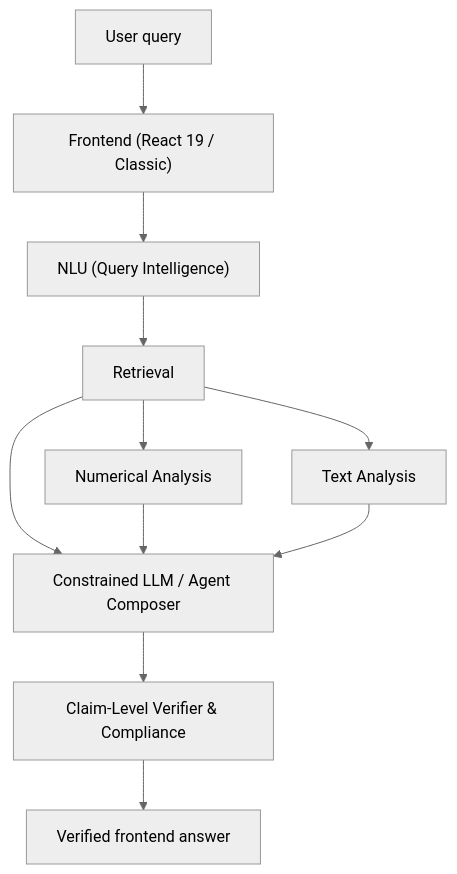
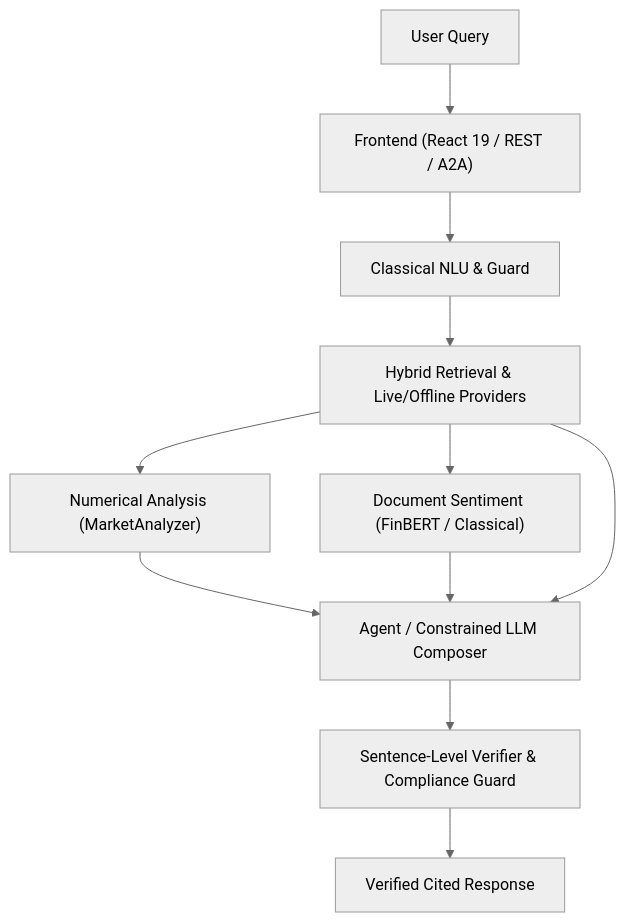
The diagram in docs/modules.md (beautifulrem/FinSight), drawn with Mermaid (neutral theme) before and after one commit. The commit also changed other lines of this file and 54 other files, not shown here.

````diff
--- a/docs/modules.md
+++ b/docs/modules.md
@@ -20,13 +20,13 @@
 ```mermaid
 flowchart TD
-  A["User query"] --> B["Frontend (React 19 / Classic)"]
-  B --> C["NLU (Query Intelligence)"]
-  C --> D["Retrieval"]
-  D --> E["Numerical Analysis"]
-  D --> F["Text Analysis"]
-  D --> G["Constrained LLM / Agent Composer"]
-  E --> G
-  F --> G
-  G --> V["Claim-Level Verifier & Compliance"]
-  V --> H["Verified frontend answer"]
+  U["User Query"] --> UI["Frontend (React 19 / REST / A2A)"]
+  UI --> NLU["Classical NLU & Guard"]
+  NLU --> RET["Hybrid Retrieval & Live/Offline Providers"]
+  RET --> NUM["Numerical Analysis (MarketAnalyzer)"]
+  RET --> SEN["Document Sentiment (FinBERT / Classical)"]
+  NUM --> COMP["Agent / Constrained LLM Composer"]
+  SEN --> COMP
+  RET --> COMP
+  COMP --> VER["Sentence-Level Verifier & Compliance Guard"]
+  VER --> OUT["Verified Cited Response"]
 ```
````
